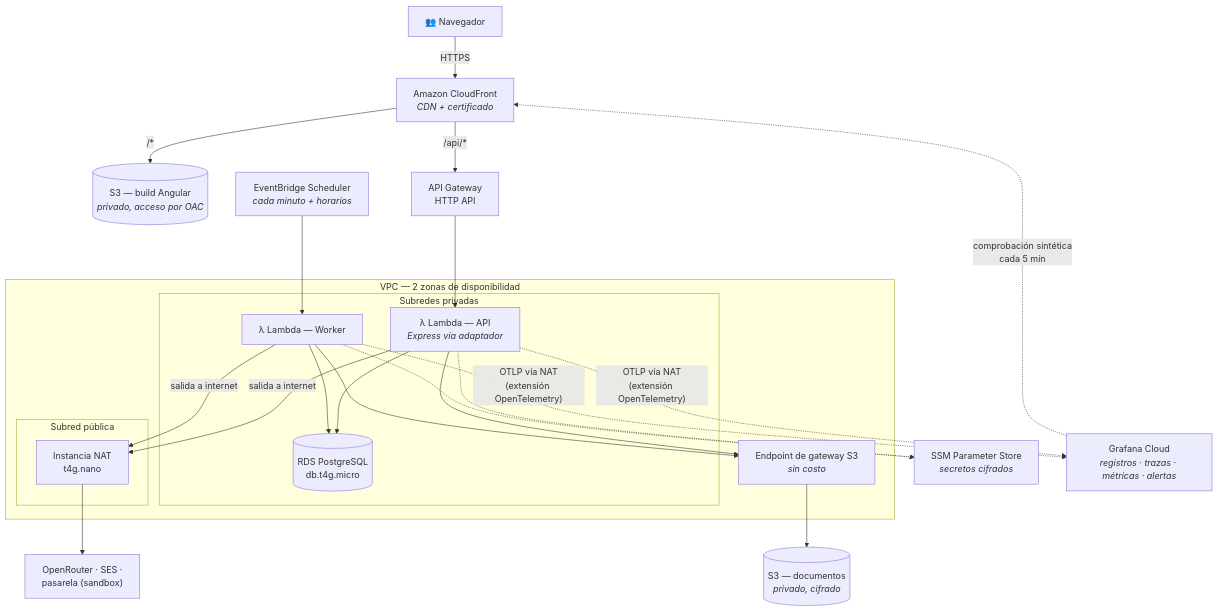
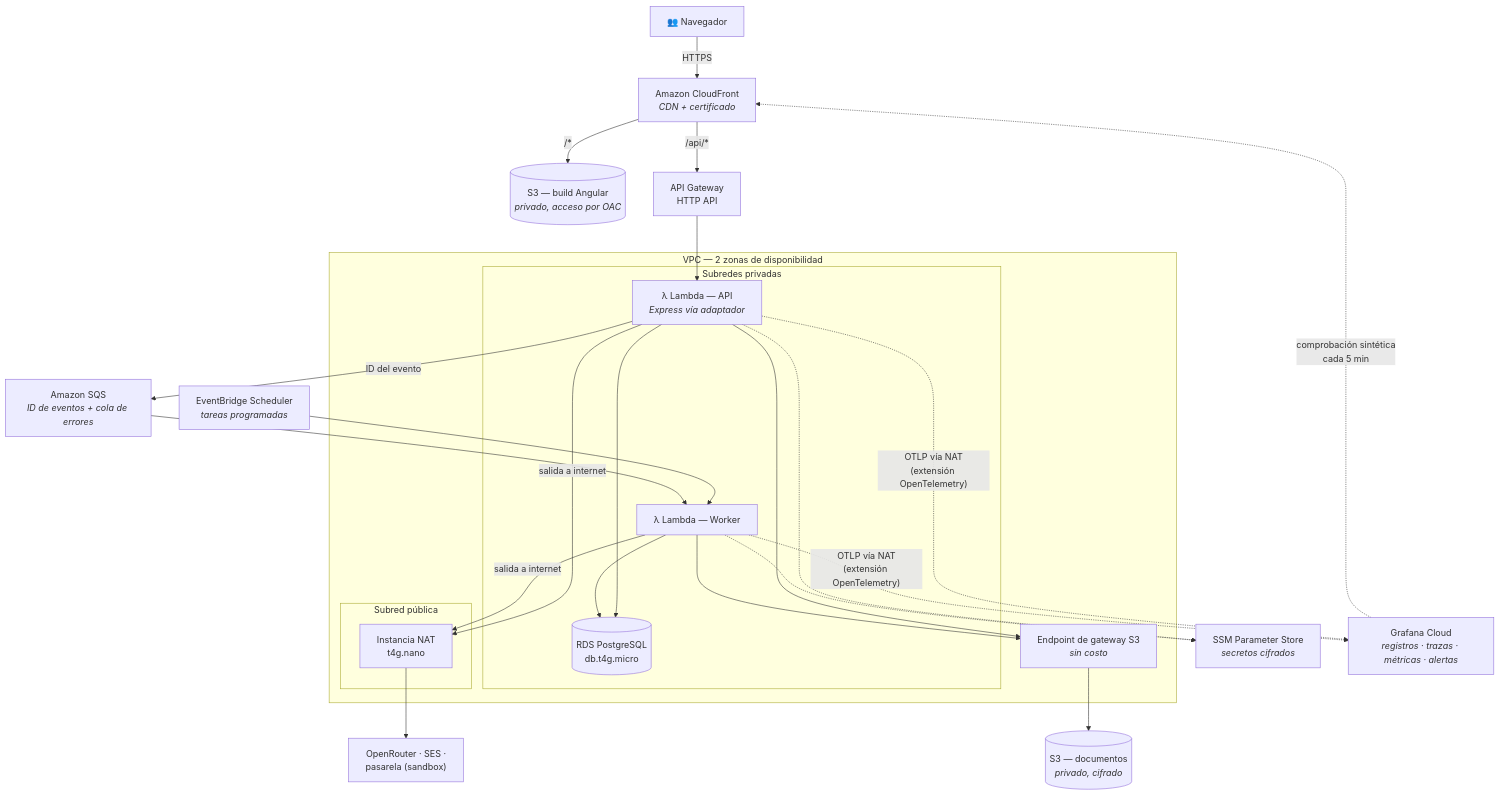
One commit to DiegoCoras06/sia-unsch-admision changed the sixth of 7 diagrams in docs/arquitectura.md. Above: the diagram before and after it, drawn with Mermaid. The commit also changed other lines of this file and 16 other files, not shown here.

First line of the commit message:
Documentación: 12 módulos y mensajería con Amazon SQS

````diff
--- a/docs/arquitectura.md
+++ b/docs/arquitectura.md
@@ -210,27 +207,29 @@
 ```mermaid
 flowchart TB
   U["👥 Navegador"] -->|"HTTPS"| CF["Amazon CloudFront<br/><i>CDN + certificado</i>"]
   CF -->|"/*"| S3WEB[("S3 — build Angular<br/><i>privado, acceso por OAC</i>")]
   CF -->|"/api/*"| APIGW["API Gateway<br/>HTTP API"]
   APIGW --> LAPI["λ Lambda — API<br/><i>Express vía adaptador</i>"]
-  SCH["EventBridge Scheduler<br/><i>cada minuto + horarios</i>"] --> LWK["λ Lambda — Worker"]
+  SCH["EventBridge Scheduler<br/><i>tareas programadas</i>"] --> LWK["λ Lambda — Worker"]
+  SQS["Amazon SQS<br/><i>ID de eventos + cola de errores</i>"] --> LWK
+  LAPI -->|"ID del evento"| SQS
 
   subgraph VPC["VPC — 2 zonas de disponibilidad"]
     subgraph PRIV["Subredes privadas"]
       LAPI
       LWK
       RDS[("RDS PostgreSQL<br/>db.t4g.micro")]
     end
     subgraph PUBN["Subred pública"]
       NAT["Instancia NAT<br/>t4g.nano"]
     end
     S3EP["Endpoint de gateway S3<br/><i>sin costo</i>"]
   end
 
   LAPI & LWK --> RDS
   LAPI & LWK --> S3EP --> S3DOC[("S3 — documentos<br/><i>privado, cifrado</i>")]
   LAPI & LWK -->|"salida a internet"| NAT --> EXT["OpenRouter · SES ·<br/>pasarela (sandbox)"]
   LAPI & LWK -.-> SSM["SSM Parameter Store<br/><i>secretos cifrados</i>"]
   LAPI & LWK -.->|"OTLP vía NAT<br/>(extensión OpenTelemetry)"| GRAF["Grafana Cloud<br/><i>registros · trazas · métricas · alertas</i>"]
   GRAF -.->|"comprobación sintética<br/>cada 5 min"| CF
 ```
````
